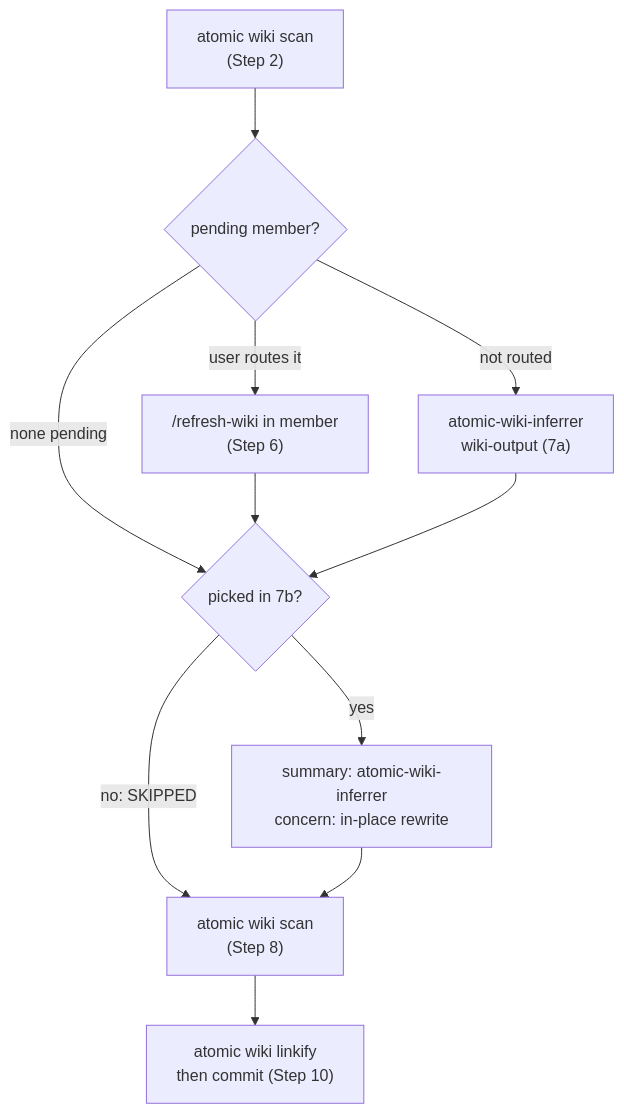
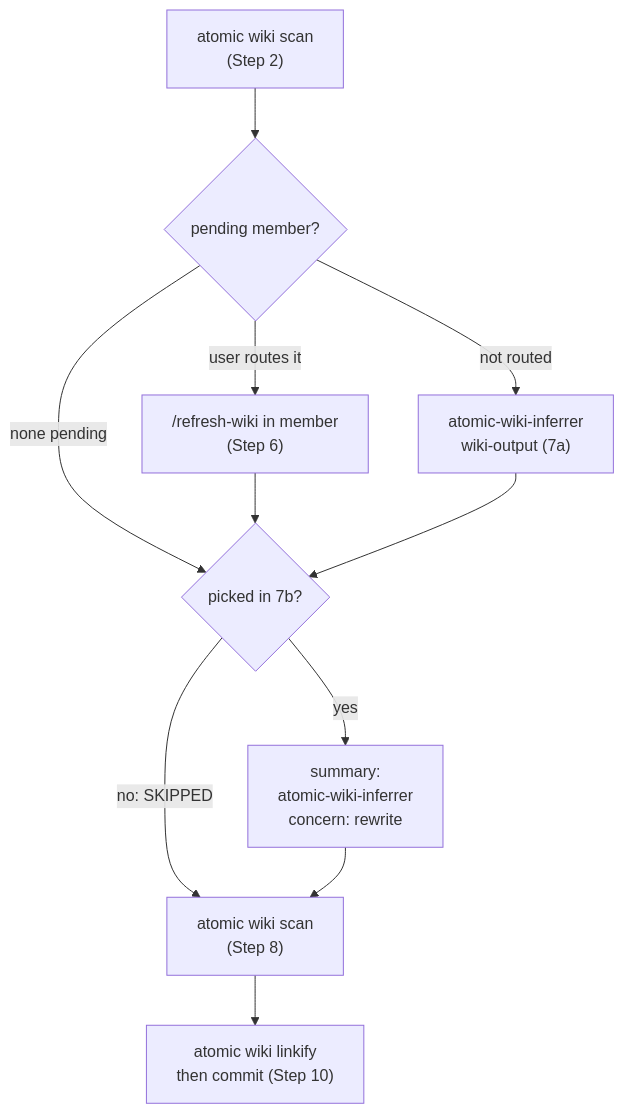
One commit to damusix/atomic-claude changed the second of 11 diagrams in docs/wiki/wiki.md. Above: the diagram before and after it, drawn with Mermaid. The commit also changed other lines of this file and 795 other files, not shown here.

````diff
--- a/docs/wiki/wiki.md
+++ b/docs/wiki/wiki.md
@@ -67,14 +52,14 @@
 ```mermaid
 flowchart TD
-    %% source: context/commands/refresh-wiki.md (realm Steps 2-10), docs/design/wiki.md
+    %% source: docs/design/wiki.md, context/commands/refresh-wiki.md (realm Steps 2-10)
     S2["atomic wiki scan<br/>(Step 2)"] --> P{"pending member?"}
     P -->|"user routes it"| R6["/refresh-wiki in member<br/>(Step 6)"]
     P -->|"not routed"| W7a["atomic-wiki-inferrer<br/>wiki-output (7a)"]
     P -->|"none pending"| L7b
     R6 --> L7b{"picked in 7b?"}
     W7a --> L7b
-    L7b -->|"yes"| RA["summary: atomic-wiki-inferrer<br/>concern: in-place rewrite"]
+    L7b -->|"yes"| RA["summary:<br/>atomic-wiki-inferrer<br/>concern: rewrite"]
     L7b -->|"no: SKIPPED"| S8["atomic wiki scan<br/>(Step 8)"]
     RA --> S8
     S8 --> LK["atomic wiki linkify<br/>then commit (Step 10)"]
 ```
````
